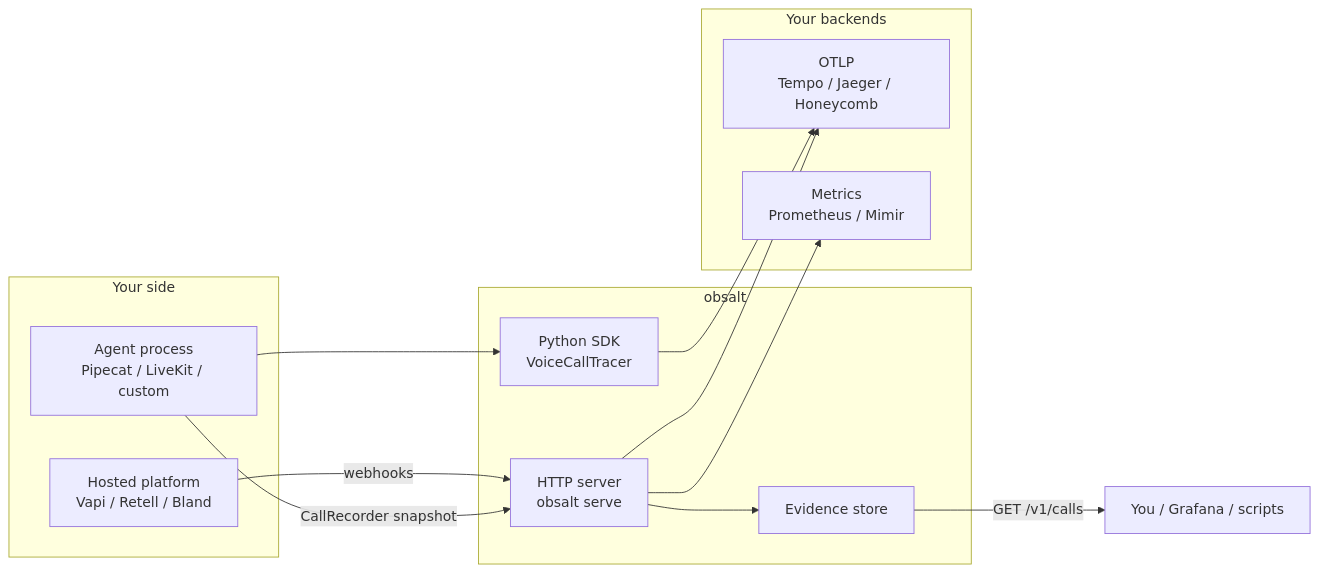
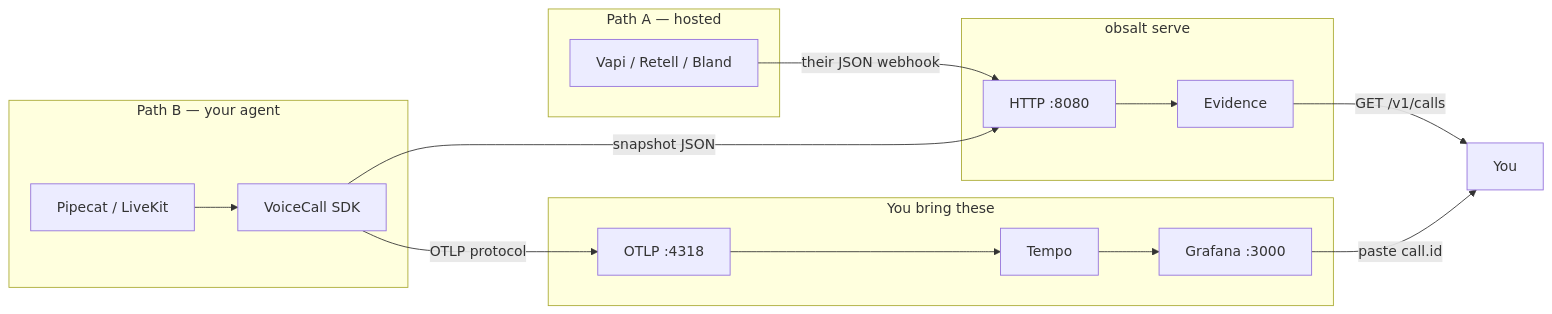
Before and after one commit to obsalt/obsalt-legacy: the diagram in README.md, drawn with Mermaid. The commit also changed other lines of this file and 50 other files, not shown here.

First line of the commit message:
Separate hosted vs Pipecat paths and unify the custom-agent SDK

````diff
--- a/README.md
+++ b/README.md
@@ -7,24 +17,27 @@
 ```mermaid
 flowchart LR
-  subgraph yourSide ["Your side"]
-    Agent["Agent process<br/>Pipecat / LiveKit / custom"]
-    Hosted["Hosted platform<br/>Vapi / Retell / Bland"]
+  subgraph pathA ["Path A — hosted"]
+    Vendor["Vapi / Retell / Bland"]
   end
-  subgraph obsaltBox ["obsalt"]
-    SDK["Python SDK<br/>VoiceCallTracer"]
-    Server["HTTP server<br/>obsalt serve"]
-    Store["Evidence store"]
+  subgraph pathB ["Path B — your agent"]
+    Agent["Pipecat / LiveKit"]
+    SDK["VoiceCall SDK"]
+    Agent --> SDK
   end
-  subgraph backends ["Your backends"]
-    OTLP["OTLP<br/>Tempo / Jaeger / Honeycomb"]
-    Prom["Metrics<br/>Prometheus / Mimir"]
+  subgraph obsaltBox ["obsalt serve"]
+    Server["HTTP :8080"]
+    Store["Evidence"]
+    Server --> Store
   end
-  Agent --> SDK
-  SDK --> OTLP
-  Hosted -->|"webhooks"| Server
-  Agent -->|"CallRecorder snapshot"| Server
-  Server --> Store
-  Server --> OTLP
-  Server --> Prom
-  Store -->|"GET /v1/calls"| You["You / Grafana / scripts"]
+  subgraph backends ["You bring these"]
+    OTLP["OTLP :4318"]
+    Tempo["Tempo"]
+    Graf["Grafana :3000"]
+    OTLP --> Tempo --> Graf
+  end
+  Vendor -->|"their JSON webhook"| Server
+  SDK -->|"OTLP protocol"| OTLP
+  SDK -->|"snapshot JSON"| Server
+  Store -->|"GET /v1/calls"| You["You"]
+  Graf -->|"paste call.id"| You
 ```
````
